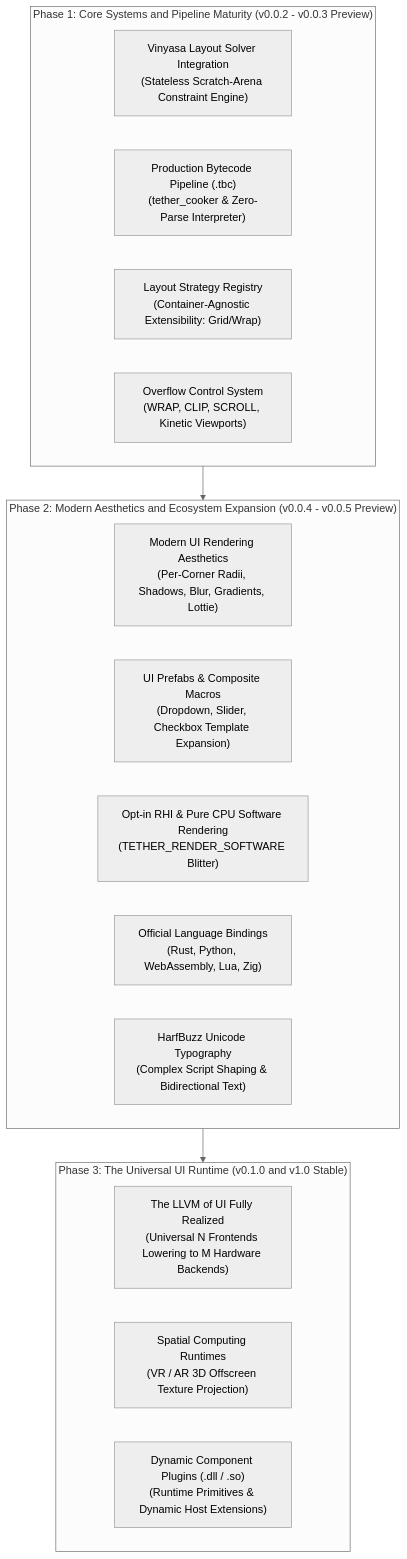
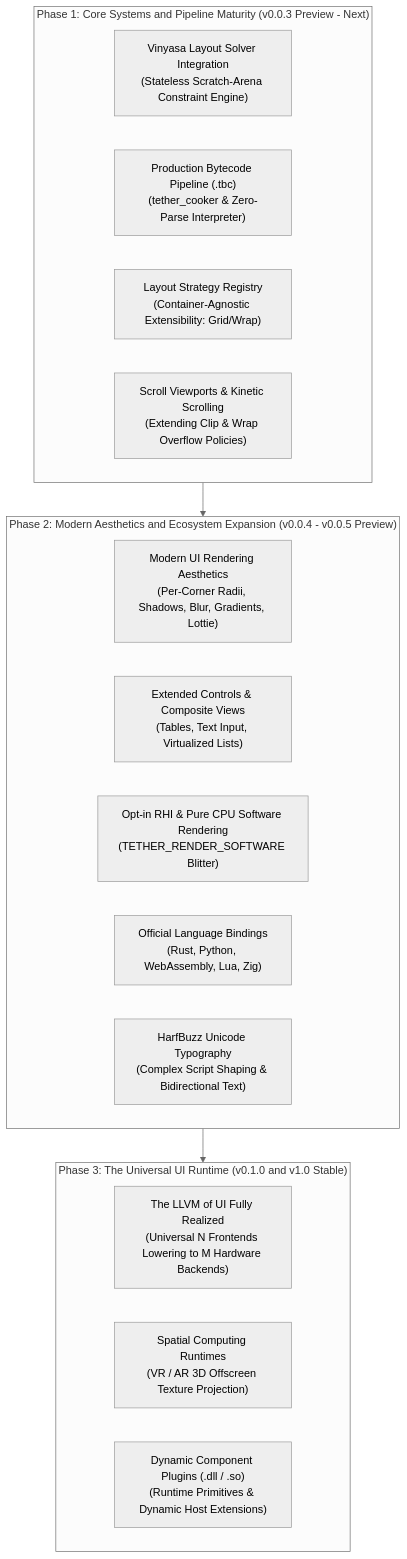
The diagram in docs/presentation/10_roadmap_and_community.md (Yuvi-GD/Tether), drawn with Mermaid (neutral theme) before and after one commit. The commit also changed other lines of this file and 24 other files, not shown here.

Commit message:
docs: align technical docs with v0.0.3-preview and clarify presentation roadmap

````diff
--- a/docs/presentation/10_roadmap_and_community.md
+++ b/docs/presentation/10_roadmap_and_community.md
@@ -15,26 +15,26 @@
 ```mermaid
 flowchart TD
-    subgraph NearTerm["Phase 1: Core Systems and Pipeline Maturity (v0.0.2 - v0.0.3 Preview)"]
+    subgraph NearTerm["Phase 1: Core Systems and Pipeline Maturity (v0.0.3 Preview - Next)"]
         Vinyasa["Vinyasa Layout Solver Integration\n(Stateless Scratch-Arena Constraint Engine)"]
         AOTCooker["Production Bytecode Pipeline (.tbc)\n(tether_cooker & Zero-Parse Interpreter)"]
         StrategyReg["Layout Strategy Registry\n(Container-Agnostic Extensibility: Grid/Wrap)"]
-        OverflowSystem["Overflow Control System\n(WRAP, CLIP, SCROLL, Kinetic Viewports)"]
+        OverflowSystem["Scroll Viewports & Kinetic Scrolling\n(Extending Clip & Wrap Overflow Policies)"]
     end
 
     subgraph MidTerm["Phase 2: Modern Aesthetics and Ecosystem Expansion (v0.0.4 - v0.0.5 Preview)"]
         Aesthetics["Modern UI Rendering Aesthetics\n(Per-Corner Radii, Shadows, Blur, Gradients, Lottie)"]
-        Prefabs["UI Prefabs & Composite Macros\n(Dropdown, Slider, Checkbox Template Expansion)"]
+        Prefabs["Extended Controls & Composite Views\n(Tables, Text Input, Virtualized Lists)"]
         OptInDrivers["Opt-in RHI & Pure CPU Software Rendering\n(TETHER_RENDER_SOFTWARE Blitter)"]
         Bindings["Official Language Bindings\n(Rust, Python, WebAssembly, Lua, Zig)"]
         Typography["HarfBuzz Unicode Typography\n(Complex Script Shaping & Bidirectional Text)"]
     end
 
     subgraph LongTerm["Phase 3: The Universal UI Runtime (v0.1.0 and v1.0 Stable)"]
         LLVMModel["The LLVM of UI Fully Realized\n(Universal N Frontends Lowering to M Hardware Backends)"]
         Spatial["Spatial Computing Runtimes\n(VR / AR 3D Offscreen Texture Projection)"]
         HotPlugins["Dynamic Component Plugins (.dll / .so)\n(Runtime Primitives & Dynamic Host Extensions)"]
     end
 
     NearTerm --> MidTerm
     MidTerm --> LongTerm
 ```
````
